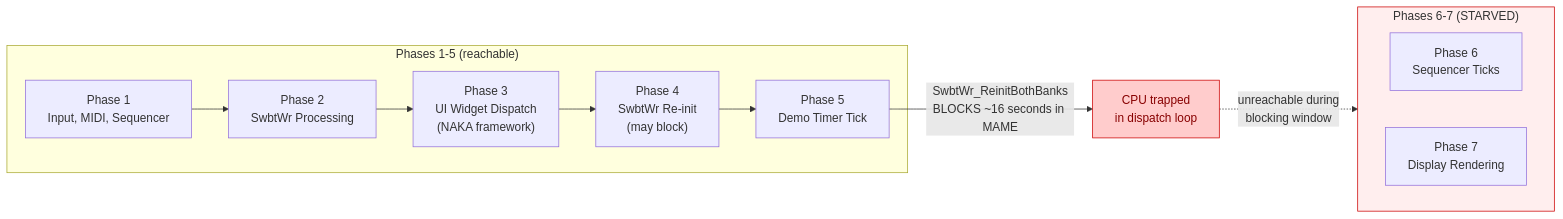
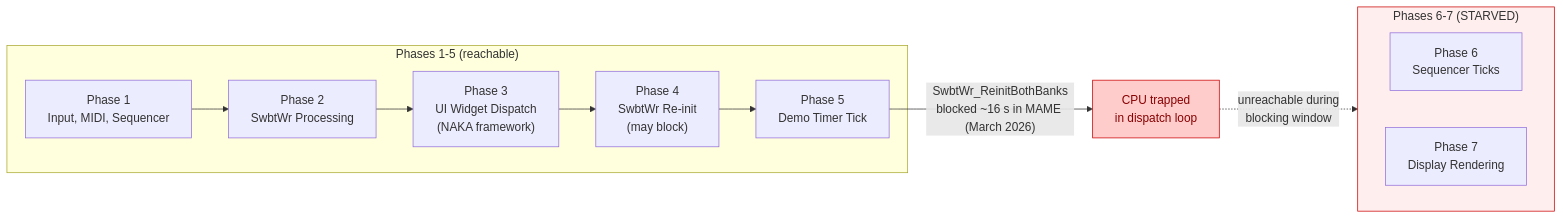
The fourth of 4 diagrams in swbwr-tone-init.md (ArqueologiaDigital/technics-docs), drawn with Mermaid before and after one commit. The commit also changed other lines of this file, not shown here.

````diff
--- a/swbwr-tone-init.md
+++ b/swbwr-tone-init.md
@@ -290,22 +290,22 @@
 ```mermaid
 flowchart LR
     subgraph REACHABLE["Phases 1-5 (reachable)"]
         P1["Phase 1<br/>Input, MIDI, Sequencer"] --> P2["Phase 2<br/>SwbtWr Processing"]
         P2 --> P3["Phase 3<br/>UI Widget Dispatch<br/>(NAKA framework)"]
         P3 --> P4["Phase 4<br/>SwbtWr Re-init<br/>(may block)"]
         P4 --> P5["Phase 5<br/>Demo Timer Tick"]
     end
 
-    P5 -->|"SwbtWr_ReinitBothBanks<br/>BLOCKS ~16 seconds in MAME"| BLOCK["CPU trapped<br/>in dispatch loop"]
+    P5 -->|"SwbtWr_ReinitBothBanks<br/>blocked ~16 s in MAME (March 2026)"| BLOCK["CPU trapped<br/>in dispatch loop"]
 
     subgraph STARVED["Phases 6-7 (STARVED)"]
         direction LR
         P6["Phase 6<br/>Sequencer Ticks"]
         P7["Phase 7<br/>Display Rendering"]
     end
 
     BLOCK -.->|"unreachable during<br/>blocking window"| STARVED
 
     style BLOCK fill:#fcc,stroke:#c00,color:#800
     style STARVED fill:#fee,stroke:#c00
 ```
````
